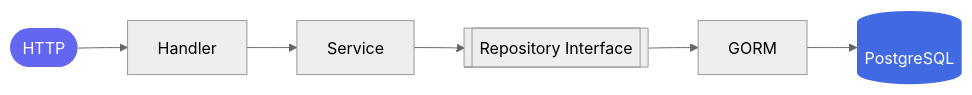
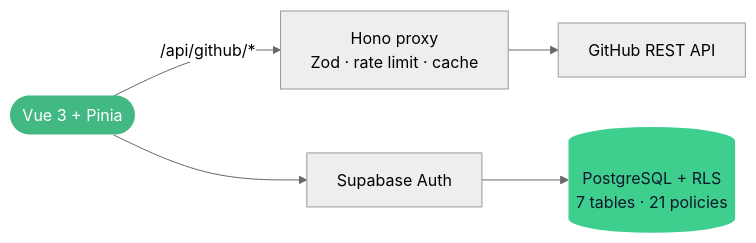
The second of 7 diagrams in README.md (yesterdaygrace/yesterdaygrace), drawn with Mermaid (neutral theme) before and after one commit. The commit also changed other lines of this file, not shown here.

````diff
--- a/README.md
+++ b/README.md
@@ -104,10 +172,9 @@
 ```mermaid
 flowchart LR
-    A([HTTP]) --> B[Handler]
-    B --> C[Service]
-    C --> D[[Repository Interface]]
-    D --> E[GORM]
-    E --> F[(PostgreSQL)]
-    style A fill:#6366f1,color:#fff,stroke:none
-    style F fill:#4169E1,color:#fff,stroke:none
+    A([Vue 3 + Pinia]) -->|/api/github/*| B[Hono proxy<br/>Zod · rate limit · cache]
+    B --> G[GitHub REST API]
+    A --> C[Supabase Auth]
+    C --> D[(PostgreSQL + RLS<br/>7 tables · 21 policies)]
+    style A fill:#42b883,color:#fff,stroke:none
+    style D fill:#3ECF8E,color:#0f172a,stroke:none
 ```
````
